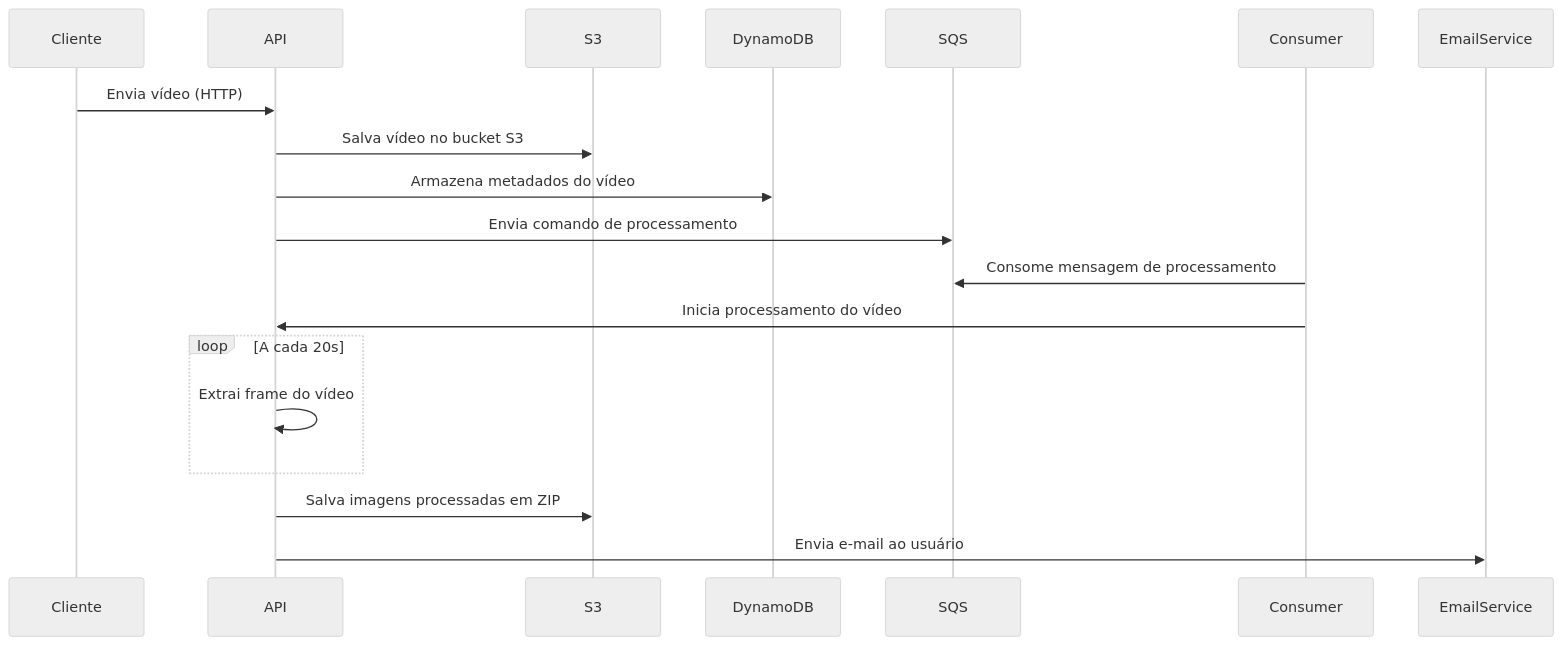
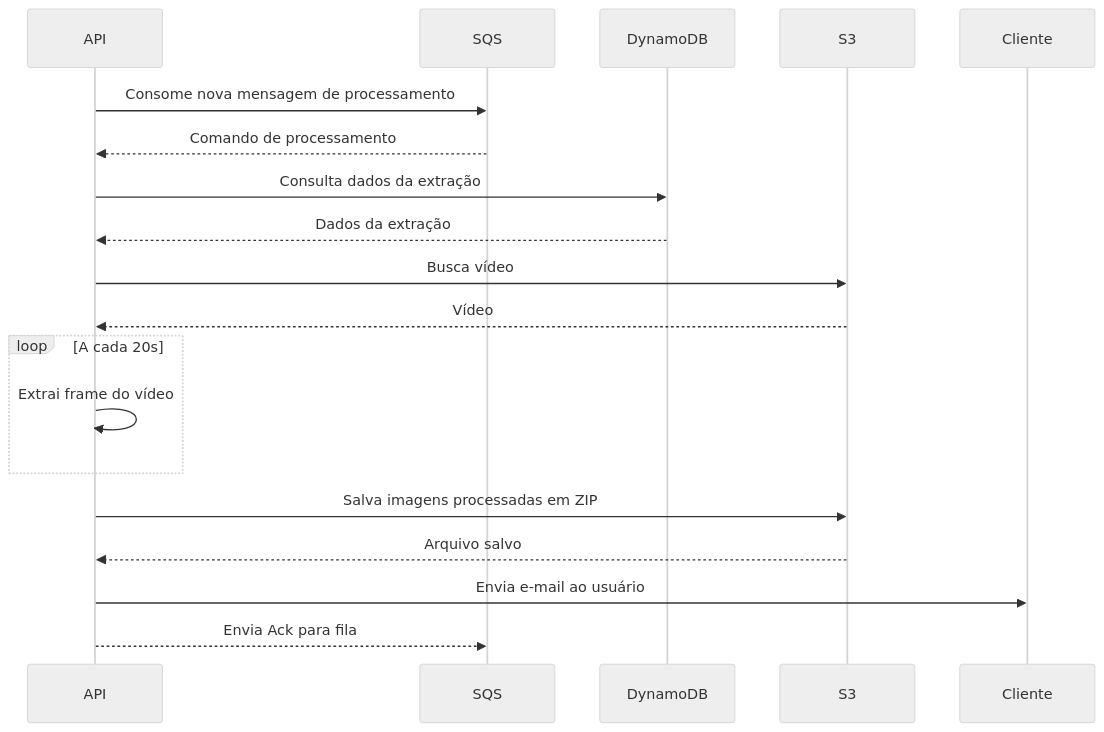
One commit to vhcleite/fiap-video-extractor changed the second of 2 diagrams in readme.MD. Above: the diagram before and after it, drawn with Mermaid (neutral theme). The commit also changed other lines of this file, not shown here.

Commit message:
change sequence diagram

````diff
--- a/readme.MD
+++ b/readme.MD
@@ -68,23 +90,22 @@
 ```mermaid
 sequenceDiagram
+participant API
+participant SQS
+participant DynamoDB
+participant S3
 participant Cliente
-participant API
-participant S3
-participant DynamoDB
-participant SQS
-participant Consumer
-participant EmailService
 
-    Cliente->>API: Envia vídeo (HTTP)
-    API->>S3: Salva vídeo no bucket S3
-    API->>DynamoDB: Armazena metadados do vídeo
-    API->>SQS: Envia comando de processamento
-
-    Consumer->>SQS: Consome mensagem de processamento
-    Consumer->>API: Inicia processamento do vídeo
+    API->>SQS: Consome nova mensagem de processamento
+    SQS-->>API: Comando de processamento
+    API->>DynamoDB: Consulta dados da extração
+    DynamoDB-->>API: Dados da extração
+    API->>S3: Busca vídeo
+    S3-->>API: Vídeo
     loop A cada 20s
         API->>API: Extrai frame do vídeo
     end
     API->>S3: Salva imagens processadas em ZIP
-    API->>EmailService: Envia e-mail ao usuário
+    S3-->>API: Arquivo salvo
+    API->>Cliente: Envia e-mail ao usuário
+    API-->>SQS: Envia Ack para fila
 ```
````
